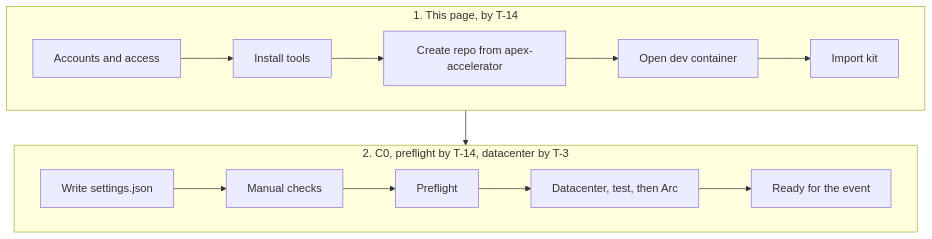
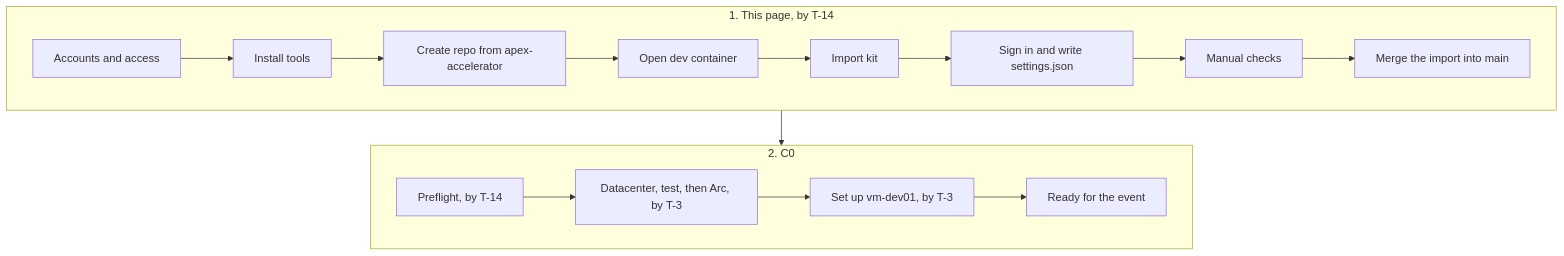
Before and after one commit to jonathan-vella/apex-factory-hackathon: the diagram in site/src/content/docs/getting-started/prerequisites.md, drawn with Mermaid. The commit also changed other lines of this file and 17 other files, not shown here.

````diff
--- a/site/src/content/docs/getting-started/prerequisites.md
+++ b/site/src/content/docs/getting-started/prerequisites.md
@@ -17,12 +17,12 @@
 ```mermaid
 flowchart TB
   subgraph S1["1. This page, by T-14"]
     direction LR
-    A[Accounts and access] --> B[Install tools] --> C[Create repo from apex-accelerator] --> D[Open dev container] --> E[Import kit]
+    A[Accounts and access] --> B[Install tools] --> C[Create repo from apex-accelerator] --> D[Open dev container] --> E[Import kit] --> F[Sign in and write settings.json] --> G[Manual checks] --> H[Merge the import into main]
   end
-  subgraph S2["2. C0, preflight by T-14, datacenter by T-3"]
+  subgraph S2["2. C0"]
     direction LR
-    F[Write settings.json] --> G[Manual checks] --> H[Preflight] --> I[Datacenter, test, then Arc] --> J[Ready for the event]
+    I[Preflight, by T-14] --> J[Datacenter, test, then Arc, by T-3] --> K[Set up vm-dev01, by T-3] --> L[Ready for the event]
   end
   S1 --> S2
 ```
````
